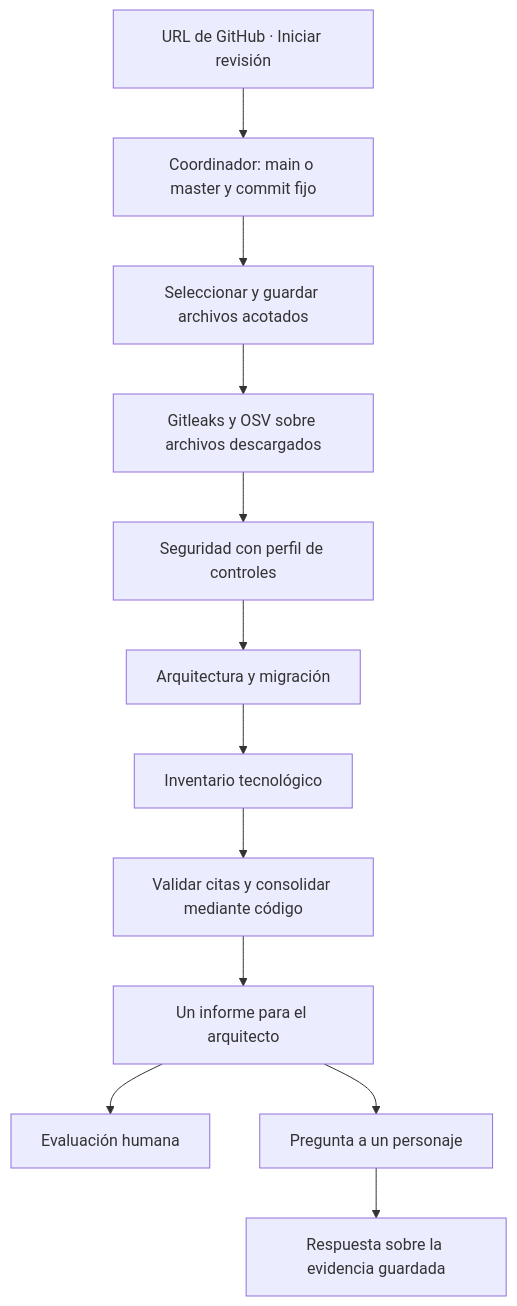
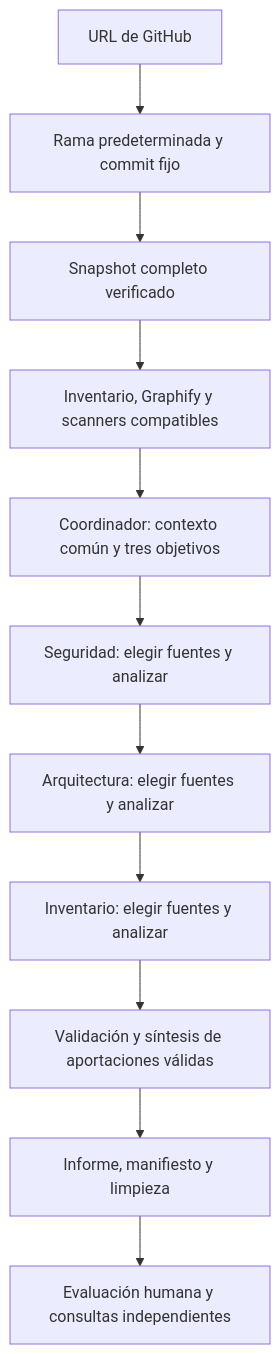
One commit to ziuld/analysis-office-test changed the diagram in docs/WORKFLOW.md. Above: the diagram before and after it, drawn with Mermaid. The commit also changed other lines of this file and 7 other files, not shown here.

````diff
--- a/docs/WORKFLOW.md
+++ b/docs/WORKFLOW.md
@@ -5,14 +5,13 @@
 ```mermaid
 flowchart TD
-    A[URL de GitHub · Iniciar revisión] --> B[Coordinador: main o master y commit fijo]
-    B --> C[Seleccionar y guardar archivos acotados]
-    C --> S[Gitleaks y OSV sobre archivos descargados]
-    S --> D[Seguridad con perfil de controles]
-    D --> E[Arquitectura y migración]
-    E --> F[Inventario tecnológico]
-    F --> G[Validar citas y consolidar mediante código]
-    G --> H[Un informe para el arquitecto]
-    H --> I[Evaluación humana]
-    H --> J[Pregunta a un personaje]
-    J --> K[Respuesta sobre la evidencia guardada]
+    A[URL de GitHub] --> B[Rama predeterminada y commit fijo]
+    B --> C[Snapshot completo verificado]
+    C --> D[Inventario, Graphify y scanners compatibles]
+    D --> E[Coordinador: contexto común y tres objetivos]
+    E --> F[Seguridad: elegir fuentes y analizar]
+    F --> G[Arquitectura: elegir fuentes y analizar]
+    G --> H[Inventario: elegir fuentes y analizar]
+    H --> I[Validación y síntesis de aportaciones válidas]
+    I --> J[Informe, manifiesto y limpieza]
+    J --> K[Evaluación humana y consultas independientes]
 ```
````
